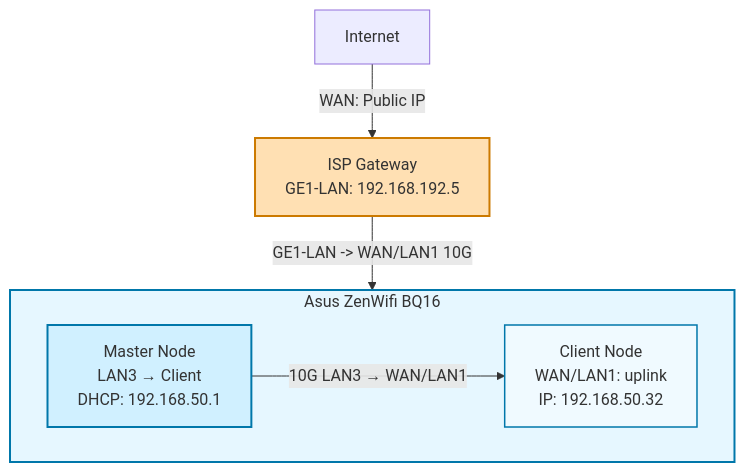
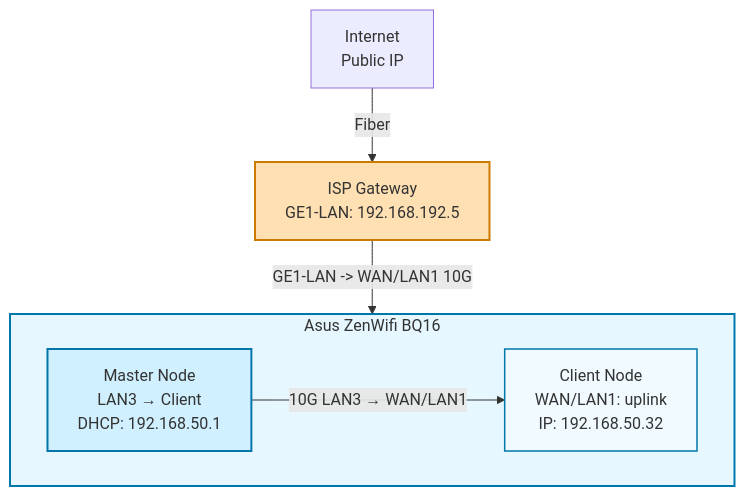
The diagram in Research/architecture.md (lukkeutgens/Homelab), drawn with Mermaid before and after one commit.

````diff
--- a/Research/architecture.md
+++ b/Research/architecture.md
@@ -4,16 +4,16 @@
 ```mermaid
 flowchart TD
-    A[Internet] -->|WAN: Public IP| B[ISP Gateway<br/>GE1-LAN: 192.168.192.5]
+    A[Internet<br>Public IP] -->|Fiber| B[ISP Gateway<br/>GE1-LAN: 192.168.192.5]
     B -->|GE1-LAN -> WAN/LAN1 10G| ZW[Asus ZenWifi BQ16]
 
     subgraph ZW [Asus ZenWifi BQ16]
         C[Master Node<br/>LAN3 → Client<br/>DHCP: 192.168.50.1]
         D[Client Node<br/>WAN/LAN1: uplink<br/>IP: 192.168.50.32]
         C -->|10G LAN3 → WAN/LAN1| D
     end
 
     style ZW fill:#e6f7ff,stroke:#0077aa,stroke-width:2px
     style C fill:#d0f0ff,stroke:#0077aa,stroke-width:2px
     style D fill:#f0faff,stroke:#0077aa,stroke-width:1.5px
     style B fill:#ffe0b3,stroke:#cc7a00,stroke-width:2px
 ```
````
